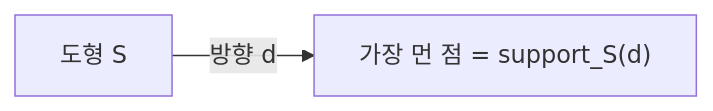
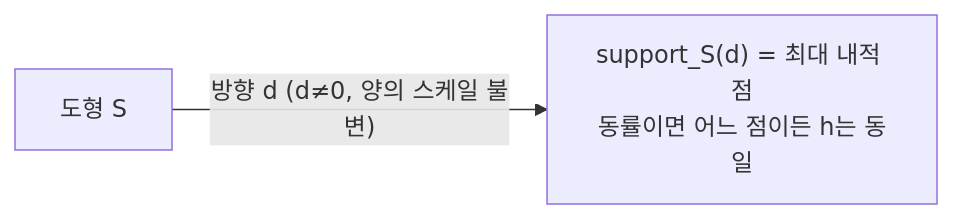
One commit to Rein-ArXiv/game-dev-curriculum changed the third of 8 diagrams in math/part13_collision_gjk_epa.md. Above: the diagram before and after it, drawn with Mermaid. The commit also changed other lines of this file and 279 other files, not shown here.

````diff
--- a/math/part13_collision_gjk_epa.md
+++ b/math/part13_collision_gjk_epa.md
@@ -120,4 +126,4 @@
 ```mermaid
 flowchart LR
-    Shape[도형 S] -->|방향 d| Support["가장 먼 점 = support_S(d)"]
+    Shape[도형 S] -->|"방향 d (d≠0, 양의 스케일 불변)"| Support["support_S(d) = 최대 내적 점<br/>동률이면 어느 점이든 h는 동일"]
 ```
````
